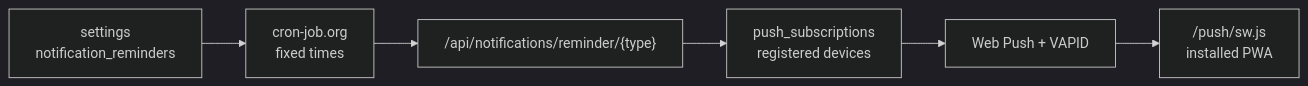
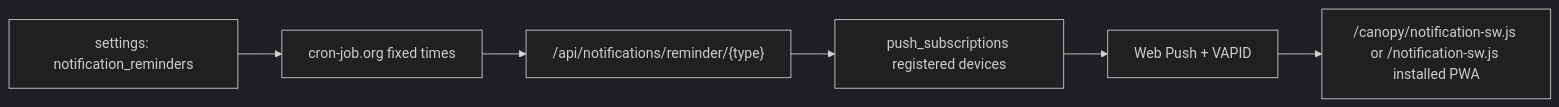
The diagram in docs/notifications.md (sameeradsv/canopy), drawn with Mermaid (dark theme) before and after one commit. The commit also changed other lines of this file and 15 other files, not shown here.

Commit message:
Enhance notification delivery feedback and update documentation for reminders

````diff
--- a/docs/notifications.md
+++ b/docs/notifications.md
@@ -7,8 +7,8 @@
 ```mermaid
 flowchart LR
-  Settings["settings\nnotification_reminders"] --> Cron["cron-job.org\nfixed times"]
+  Settings["settings: notification_reminders"] --> Cron["cron-job.org fixed times"]
   Cron --> Endpoint["/api/notifications/reminder/{type}"]
-  Endpoint --> Subscriptions["push_subscriptions\nregistered devices"]
+  Endpoint --> Subscriptions["push_subscriptions registered devices"]
   Subscriptions --> Push["Web Push + VAPID"]
-  Push --> Worker["/push/sw.js\ninstalled PWA"]
+  Push --> Worker["/canopy/notification-sw.js or /notification-sw.js installed PWA"]
 ```
````
